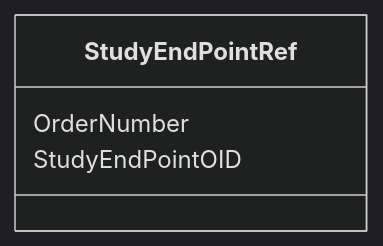
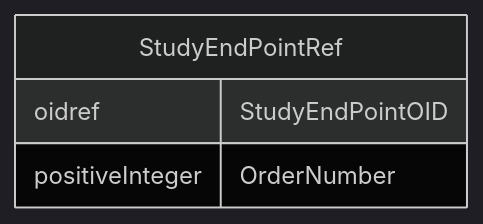
The diagram in docs/StudyEndPointRef.md (cdisc-org/DataExchange-ODM-LinkML), drawn with Mermaid (dark theme) before and after one commit. The commit also changed other lines of this file and 181 other files, not shown here.

Commit message:
ER diagrams working via templates and removing names with underscores

````diff
--- a/docs/StudyEndPointRef.md
+++ b/docs/StudyEndPointRef.md
@@ -14,9 +11,10 @@
 ```mermaid
- classDiagram
-    class StudyEndPointRef
-      StudyEndPointRef : OrderNumber
-        
-      StudyEndPointRef : StudyEndPointOID
-        
-      
+erDiagram
+StudyEndPointRef {
+    oidref StudyEndPointOID  
+    positiveInteger OrderNumber  
+}
+
+
+
 ```
````
